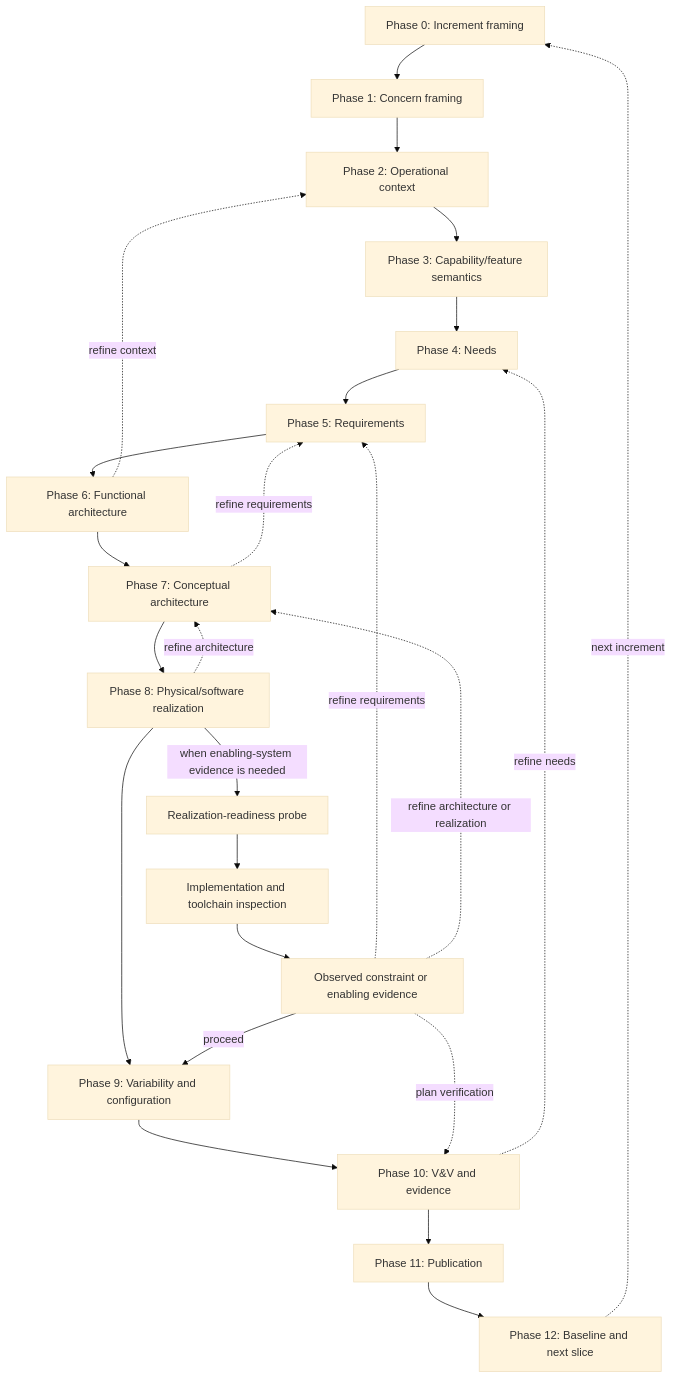
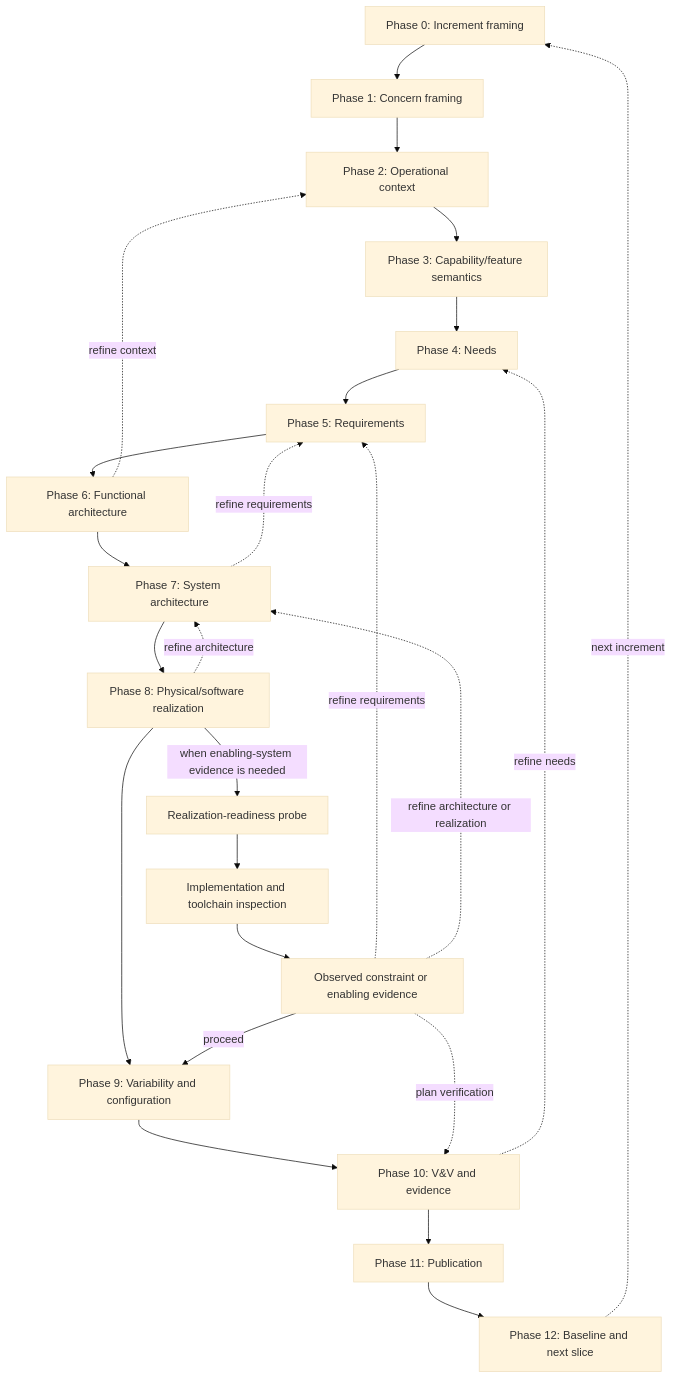
Before and after one commit to de4sdv/DE4SDV: the diagram in methodologies/sysmod-sysmlv2/process-mapping.md, drawn with Mermaid (base theme). The commit also changed other lines of this file and 21 other files, not shown here.

````diff
--- a/methodologies/sysmod-sysmlv2/process-mapping.md
+++ b/methodologies/sysmod-sysmlv2/process-mapping.md
@@ -65,34 +65,34 @@
 ```mermaid
 graph TD
     P0[Phase 0: Increment framing]
     P1[Phase 1: Concern framing]
     P2[Phase 2: Operational context]
     P3[Phase 3: Capability/feature semantics]
     P4[Phase 4: Needs]
     P5[Phase 5: Requirements]
     P6[Phase 6: Functional architecture]
-    P7[Phase 7: Conceptual architecture]
+    P7[Phase 7: System architecture]
     P8[Phase 8: Physical/software realization]
     P9[Phase 9: Variability and configuration]
     P10[Phase 10: V&V and evidence]
     P11[Phase 11: Publication]
     P12[Phase 12: Baseline and next slice]
 
     P0 --> P1 --> P2 --> P3 --> P4 --> P5
     P5 --> P6 --> P7 --> P8 --> P9 --> P10
     P10 --> P11 --> P12
     P12 -.->|"next increment"| P0
 
     P8 -->|"when enabling-system evidence is needed"| RP[Realization-readiness probe]
     RP --> RI[Implementation and toolchain inspection]
     RI --> RE[Observed constraint or enabling evidence]
     RE -->|"proceed"| P9
     RE -.->|"refine requirements"| P5
     RE -.->|"refine architecture or realization"| P7
     RE -.->|"plan verification"| P10
 
     P7 -.->|"refine requirements"| P5
     P8 -.->|"refine architecture"| P7
     P10 -.->|"refine needs"| P4
     P6 -.->|"refine context"| P2
 ```
````
